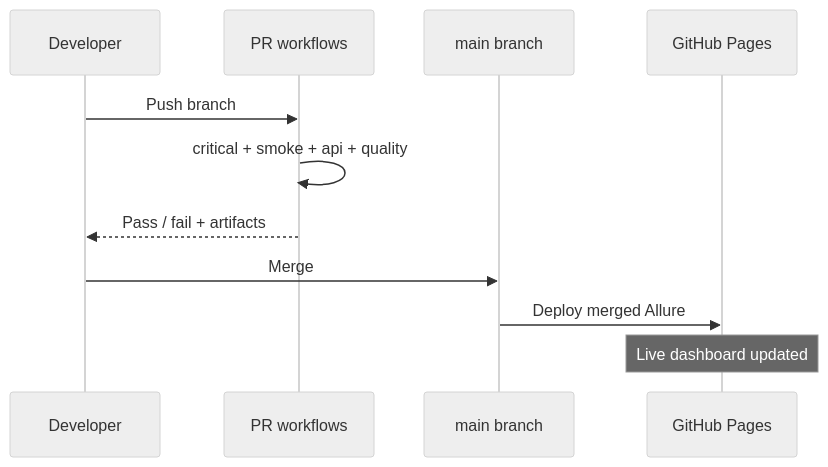
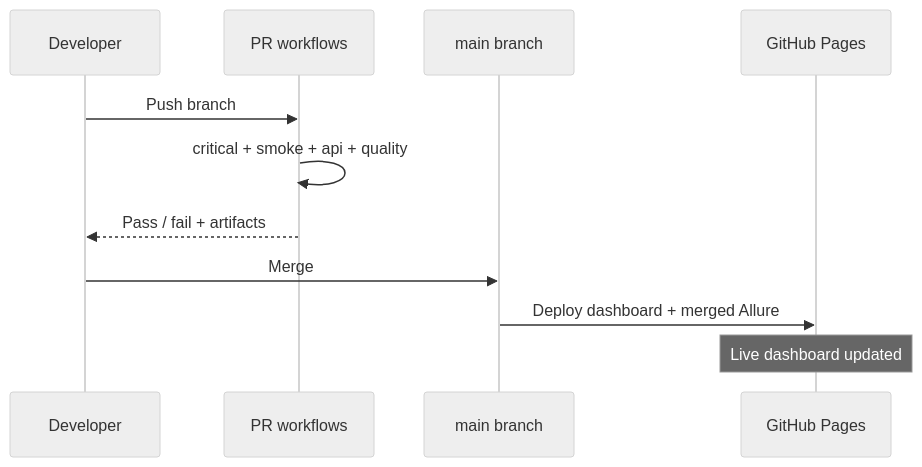
One commit to AKogut/playwright-ecommerce-framework changed the third of 3 diagrams in docs/quality-overview.md. Above: the diagram before and after it, drawn with Mermaid (neutral theme). The commit also changed other lines of this file and 13 other files, not shown here.

First line of the commit message:
fix: Allure trend history, daily dashboard, local report hygiene, and docs (#120)

````diff
--- a/docs/quality-overview.md
+++ b/docs/quality-overview.md
@@ -91,14 +91,14 @@
 ```mermaid
 sequenceDiagram
     participant Dev as Developer
     participant PR as PR workflows
     participant Main as main branch
     participant Pages as GitHub Pages
 
     Dev->>PR: Push branch
     PR->>PR: critical + smoke + api + quality
     PR-->>Dev: Pass / fail + artifacts
     Dev->>Main: Merge
-    Main->>Pages: Deploy merged Allure
+    Main->>Pages: Deploy dashboard + merged Allure
     Note over Pages: Live dashboard updated
 ```
````
